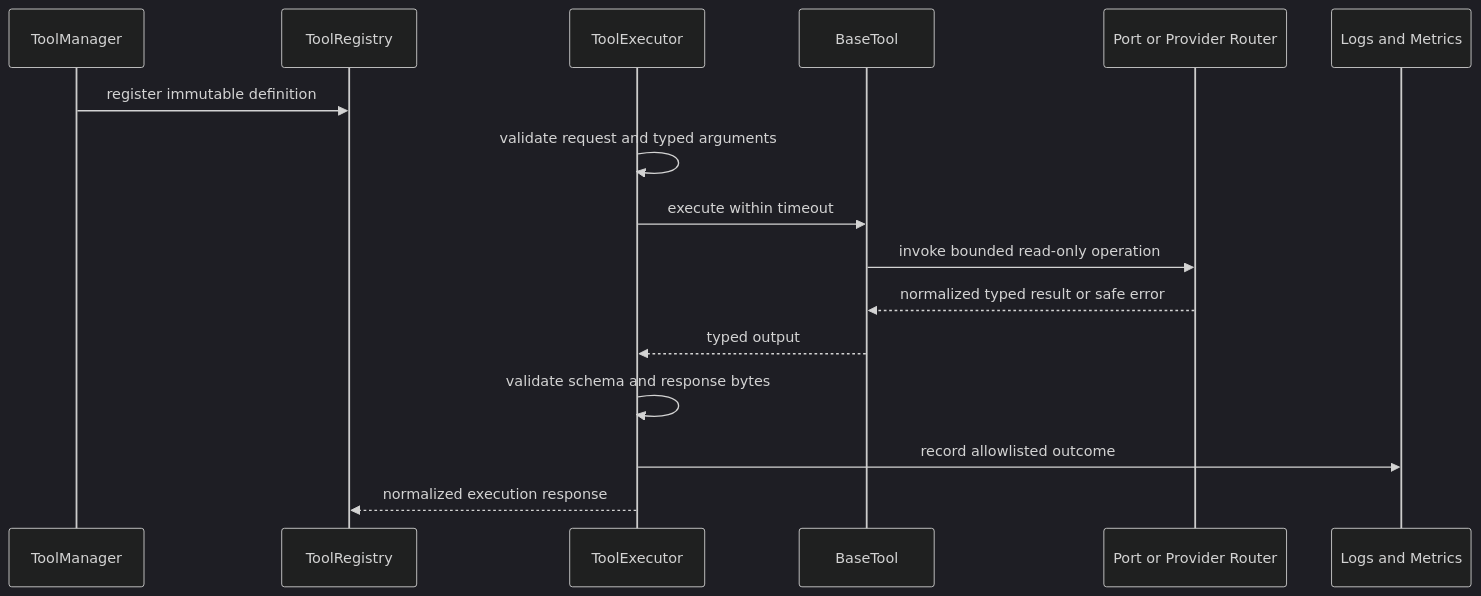
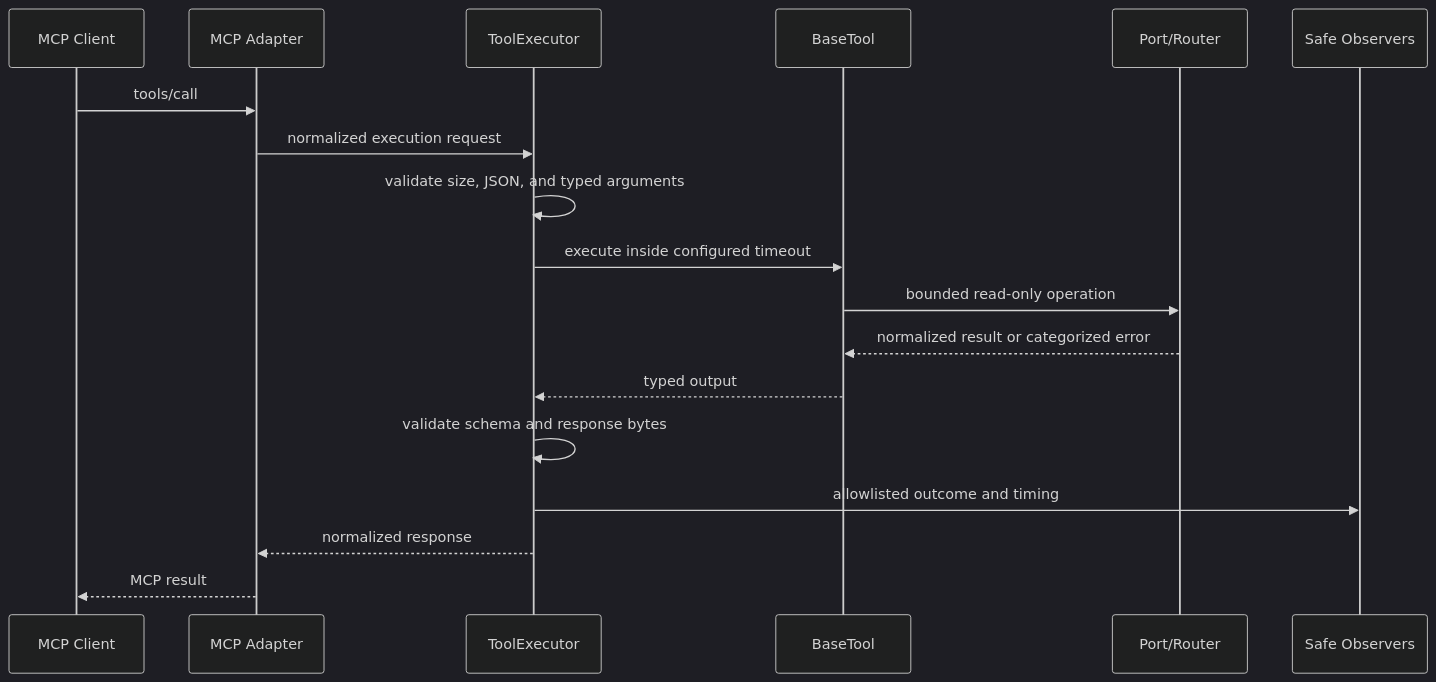
The second of 3 diagrams in ARCHITECTURE.md (LeelaissakAttota/ToolBridge-MCP-Server), drawn with Mermaid (dark theme) before and after one commit. The commit also changed other lines of this file and 35 other files, not shown here.

````diff
--- a/ARCHITECTURE.md
+++ b/ARCHITECTURE.md
@@ -67,19 +66,21 @@
 ```mermaid
 sequenceDiagram
-    participant M as ToolManager
-    participant R as ToolRegistry
+    participant C as MCP Client
+    participant A as MCP Adapter
     participant E as ToolExecutor
     participant T as BaseTool
-    participant P as Port or Provider Router
-    participant O as Logs and Metrics
+    participant P as Port/Router
+    participant O as Safe Observers
 
-    M->>R: register immutable definition
-    E->>E: validate request and typed arguments
-    E->>T: execute within timeout
-    T->>P: invoke bounded read-only operation
-    P-->>T: normalized typed result or safe error
+    C->>A: tools/call
+    A->>E: normalized execution request
+    E->>E: validate size, JSON, and typed arguments
+    E->>T: execute inside configured timeout
+    T->>P: bounded read-only operation
+    P-->>T: normalized result or categorized error
     T-->>E: typed output
     E->>E: validate schema and response bytes
-    E->>O: record allowlisted outcome
-    E-->>R: normalized execution response
+    E->>O: allowlisted outcome and timing
+    E-->>A: normalized response
+    A-->>C: MCP result
 ```
````
